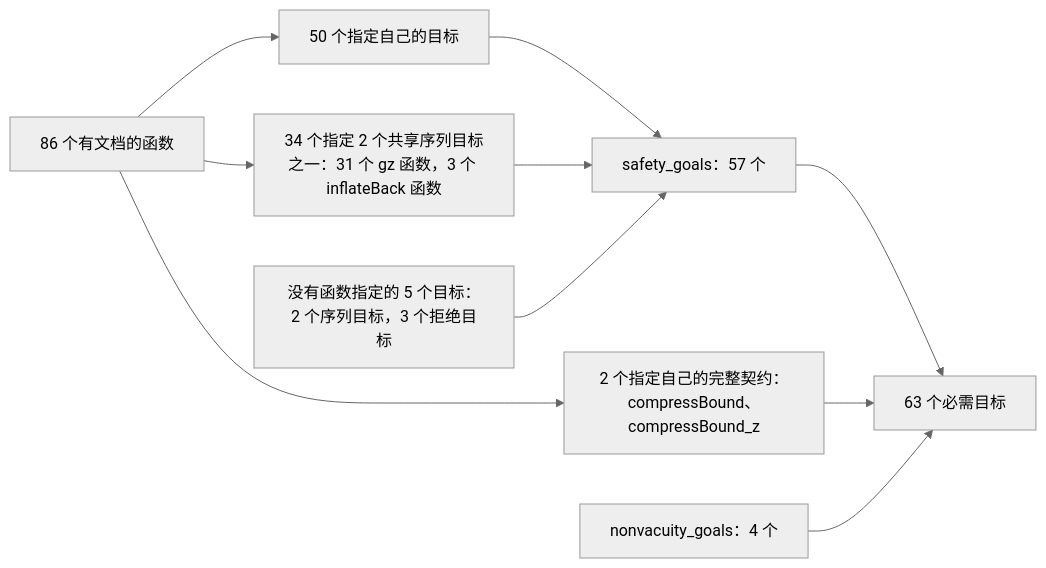
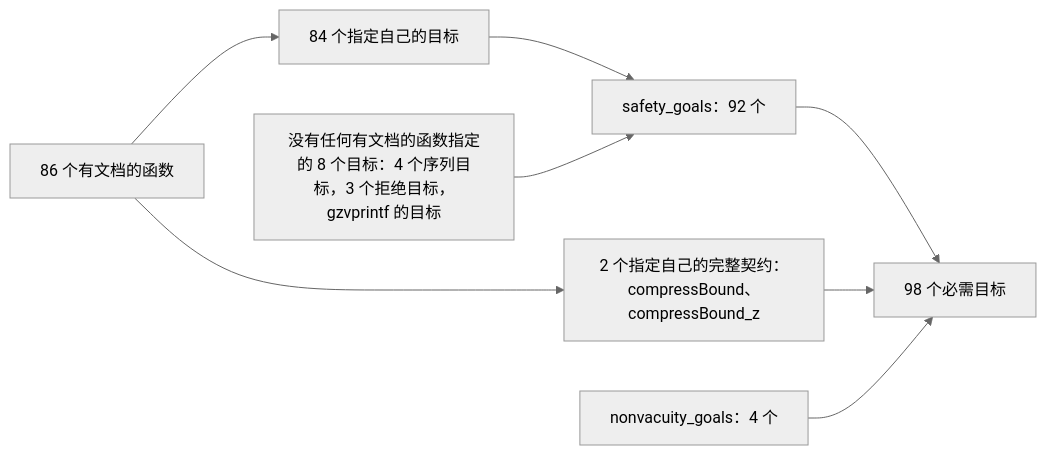
Before and after one commit to cla7aye15I4nd/oss-proof: the diagram in docs/checking/goals.zh.md, drawn with Mermaid (neutral theme). The commit also changed other lines of this file and 7 other files, not shown here.

First line of the commit message:
Checking pages: the required set is 98 goals, and no function shares a safety goal

````diff
--- a/docs/checking/goals.zh.md
+++ b/docs/checking/goals.zh.md
@@ -38,12 +38,10 @@
 ```mermaid
 flowchart LR
-    D["86 个有文档的函数"] --> O["50 个指定自己的目标"]
-    D --> S["34 个指定 2 个共享序列目标之一：31 个 gz 函数，3 个 inflateBack 函数"]
+    D["86 个有文档的函数"] --> O["84 个指定自己的目标"]
     D --> C["2 个指定自己的完整契约：compressBound、compressBound_z"]
-    O --> G["safety_goals：57 个"]
-    S --> G
-    Q["没有函数指定的 5 个目标：2 个序列目标，3 个拒绝目标"] --> G
-    G --> R["63 个必需目标"]
+    O --> G["safety_goals：92 个"]
+    Q["没有任何有文档的函数指定的 8 个目标：4 个序列目标，3 个拒绝目标，gzvprintf 的目标"] --> G
+    G --> R["98 个必需目标"]
     C --> R
     N["nonvacuity_goals：4 个"] --> R
 ```
````
